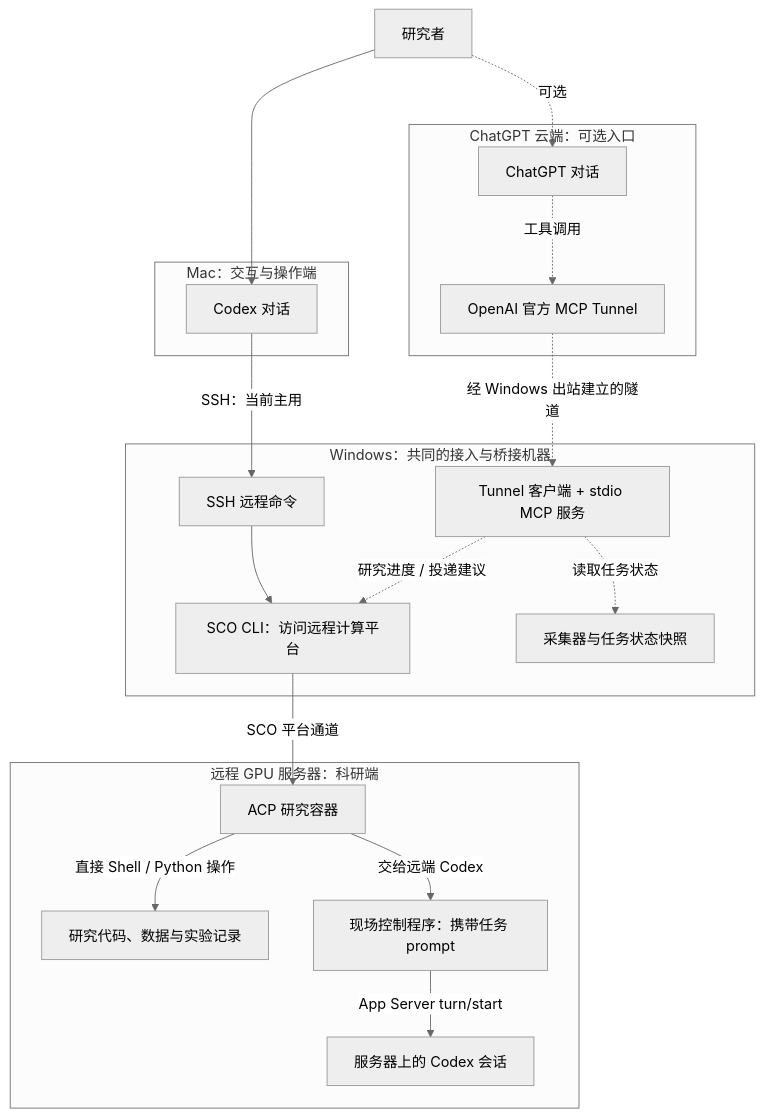
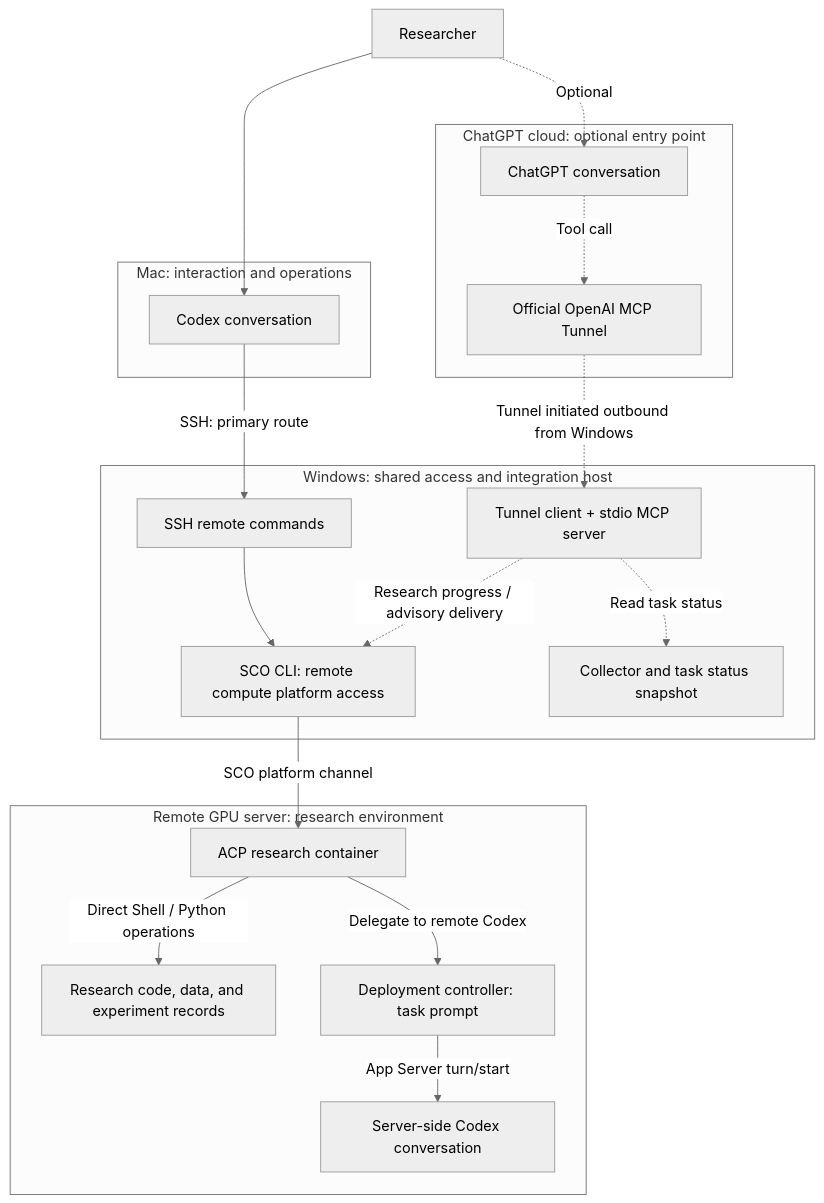
Before and after one commit to Jeffyaoliang/autoresearch-lab: the diagram in README.md, drawn with Mermaid (neutral theme). The commit also changed other lines of this file and 1 other file, not shown here.

````diff
--- a/README.md
+++ b/README.md
@@ -30,43 +32,43 @@
 ```mermaid
 flowchart TB
-    researcher["研究者"]
+    researcher["Researcher"]
 
-    subgraph mac["Mac：交互与操作端"]
-        macCodex["Codex 对话"]
+    subgraph mac["Mac: interaction and operations"]
+        macCodex["Codex conversation"]
     end
 
-    subgraph cloud["ChatGPT 云端：可选入口"]
-        chatgpt["ChatGPT 对话"]
-        officialTunnel["OpenAI 官方 MCP Tunnel"]
-        chatgpt -. "工具调用" .-> officialTunnel
+    subgraph cloud["ChatGPT cloud: optional entry point"]
+        chatgpt["ChatGPT conversation"]
+        officialTunnel["Official OpenAI MCP Tunnel"]
+        chatgpt -. "Tool call" .-> officialTunnel
     end
 
-    subgraph windows["Windows：共同的接入与桥接机器"]
-        ssh["SSH 远程命令"]
-        mcp["Tunnel 客户端 + stdio MCP 服务"]
-        sco["SCO CLI：访问远程计算平台"]
-        snapshot["采集器与任务状态快照"]
+    subgraph windows["Windows: shared access and integration host"]
+        ssh["SSH remote commands"]
+        mcp["Tunnel client + stdio MCP server"]
+        sco["SCO CLI: remote compute platform access"]
+        snapshot["Collector and task status snapshot"]
 
         ssh --> sco
-        mcp -. "研究进度 / 投递建议" .-> sco
-        mcp -. "读取任务状态" .-> snapshot
+        mcp -. "Research progress / advisory delivery" .-> sco
+        mcp -. "Read task status" .-> snapshot
     end
 
-    subgraph research_server["远程 GPU 服务器：科研端"]
-        container["ACP 研究容器"]
-        serverCodex["服务器上的 Codex 会话"]
-        workspace["研究代码、数据与实验记录"]
+    subgraph research_server["Remote GPU server: research environment"]
+        container["ACP research container"]
+        serverCodex["Server-side Codex conversation"]
+        workspace["Research code, data, and experiment records"]
 
-        control["现场控制程序：携带任务 prompt"]
-        container -->|"交给远端 Codex"| control
+        control["Deployment controller: task prompt"]
+        container -->|"Delegate to remote Codex"| control
         control -->|"App Server turn/start"| serverCodex
-        container -->|"直接 Shell / Python 操作"| workspace
+        container -->|"Direct Shell / Python operations"| workspace
     end
 
     researcher --> macCodex
-    macCodex -->|"SSH：当前主用"| ssh
-    sco -->|"SCO 平台通道"| container
+    macCodex -->|"SSH: primary route"| ssh
+    sco -->|"SCO platform channel"| container
 
-    researcher -. "可选" .-> chatgpt
-    officialTunnel -. "经 Windows 出站建立的隧道" .-> mcp
+    researcher -. "Optional" .-> chatgpt
+    officialTunnel -. "Tunnel initiated outbound from Windows" .-> mcp
 ```
````
